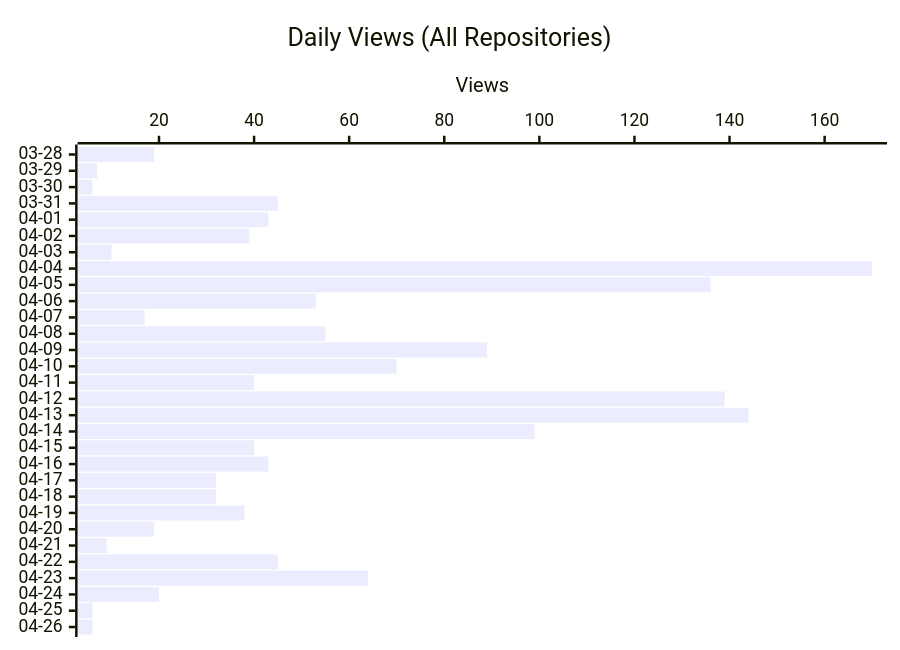
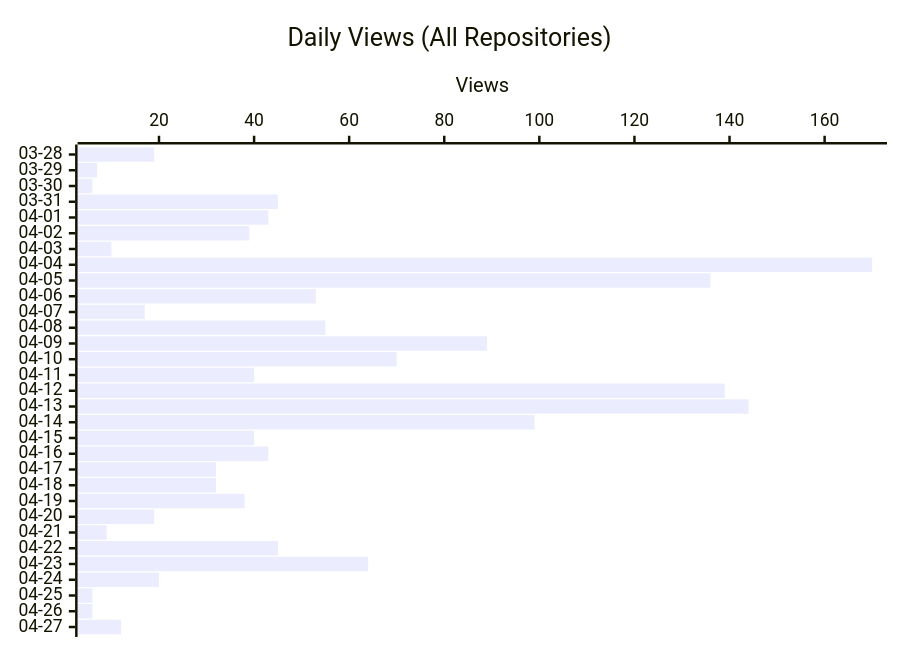
One commit to shigechika/github-insights changed the second of 3 diagrams in README.md. Above: the diagram before and after it, drawn with Mermaid. The commit also changed other lines of this file and 2 other files, not shown here.

````diff
--- a/README.md
+++ b/README.md
@@ -26,7 +26,7 @@
 ```mermaid
 xychart-beta horizontal
     title "Daily Views (All Repositories)"
-    x-axis ["03-28", "03-29", "03-30", "03-31", "04-01", "04-02", "04-03", "04-04", "04-05", "04-06", "04-07", "04-08", "04-09", "04-10", "04-11", "04-12", "04-13", "04-14", "04-15", "04-16", "04-17", "04-18", "04-19", "04-20", "04-21", "04-22", "04-23", "04-24", "04-25", "04-26"]
+    x-axis ["03-28", "03-29", "03-30", "03-31", "04-01", "04-02", "04-03", "04-04", "04-05", "04-06", "04-07", "04-08", "04-09", "04-10", "04-11", "04-12", "04-13", "04-14", "04-15", "04-16", "04-17", "04-18", "04-19", "04-20", "04-21", "04-22", "04-23", "04-24", "04-25", "04-26", "04-27"]
     y-axis "Views"
-    bar [19, 7, 6, 45, 43, 39, 10, 170, 136, 53, 17, 55, 89, 70, 40, 139, 144, 99, 40, 43, 32, 32, 38, 19, 9, 45, 64, 20, 6, 6]
+    bar [19, 7, 6, 45, 43, 39, 10, 170, 136, 53, 17, 55, 89, 70, 40, 139, 144, 99, 40, 43, 32, 32, 38, 19, 9, 45, 64, 20, 6, 6, 12]
 ```
````
